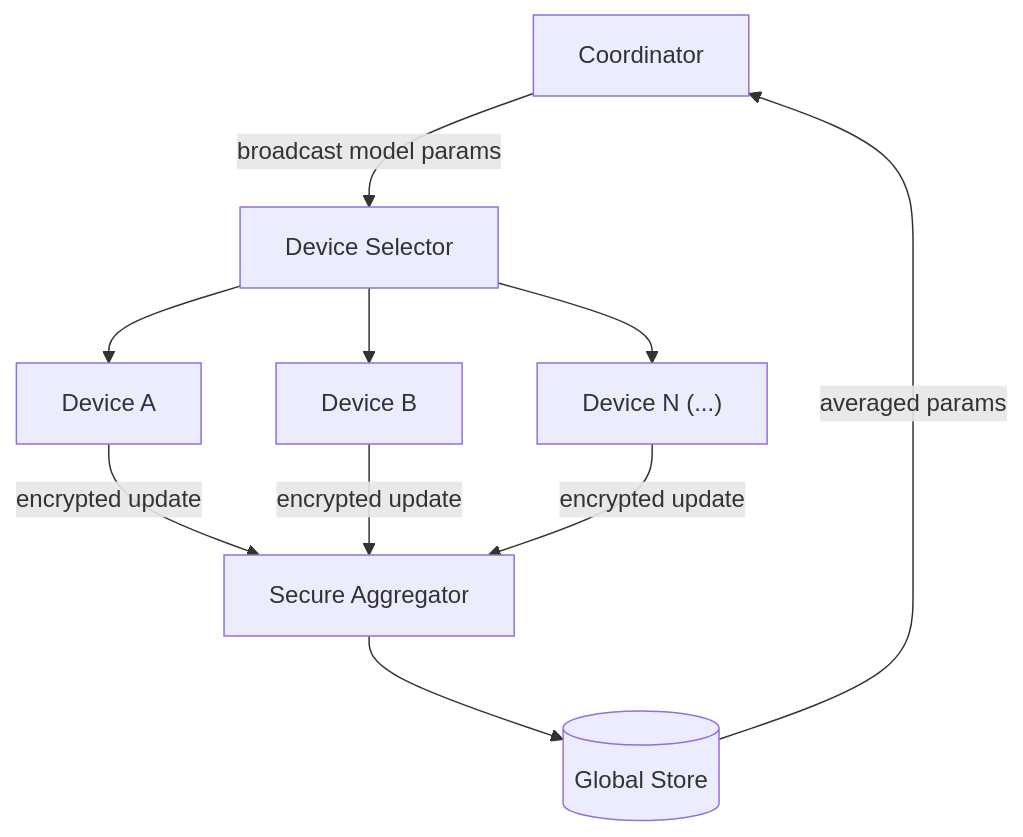
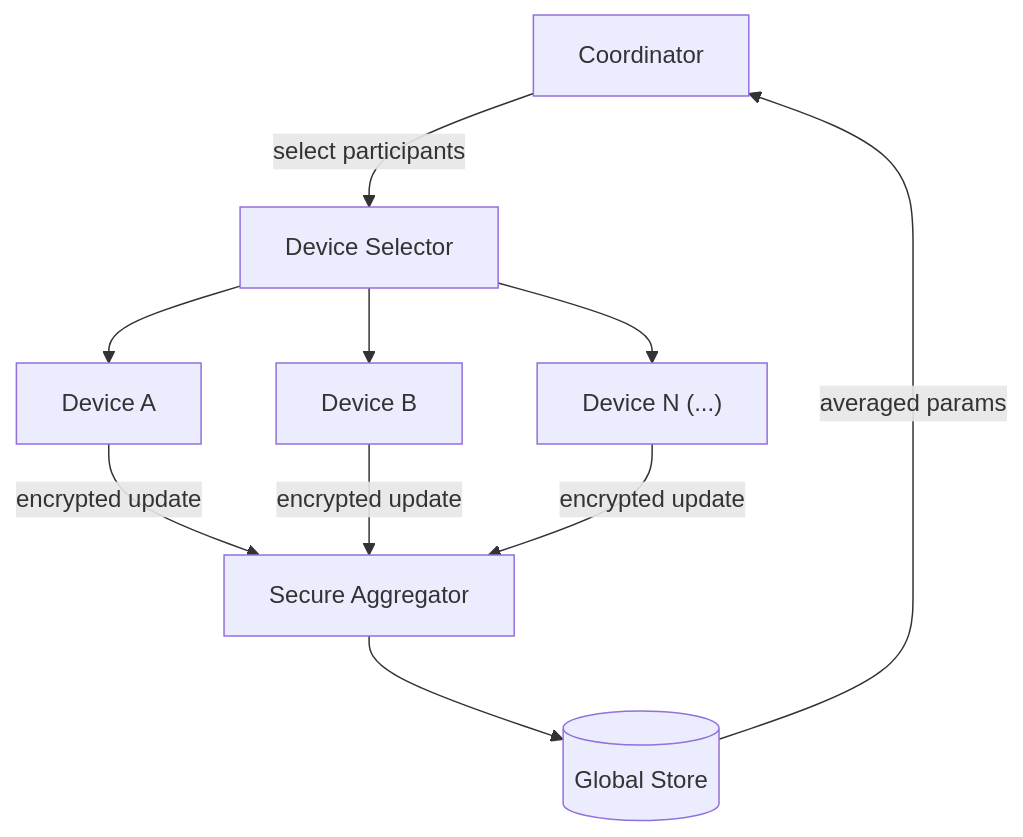
One commit to huangsam/systology changed the diagram in site/content/designs/federated-learning.md. Above: the diagram before and after it, drawn with Mermaid.

Commit message:
Fix design doc of federated-learning a bit

```diff
--- a/site/content/designs/federated-learning.md
+++ b/site/content/designs/federated-learning.md
@@ -34,12 +34,12 @@
 {{< mermaid >}}
 graph TD
-    Coordinator[Coordinator] -->|broadcast model params| Selector[Device Selector]
+    Coordinator[Coordinator] -->|select participants| Selector[Device Selector]
     Selector --> DeviceA[Device A]
     Selector --> DeviceB[Device B]
     Selector --> DeviceN["Device N (...)"]
     DeviceA -->|encrypted update| Aggregator[Secure Aggregator]
     DeviceB -->|encrypted update| Aggregator
     DeviceN -->|encrypted update| Aggregator
     Aggregator --> GlobalModel[(Global Store)]
     GlobalModel -->|averaged params| Coordinator
 {{< /mermaid >}}
```
